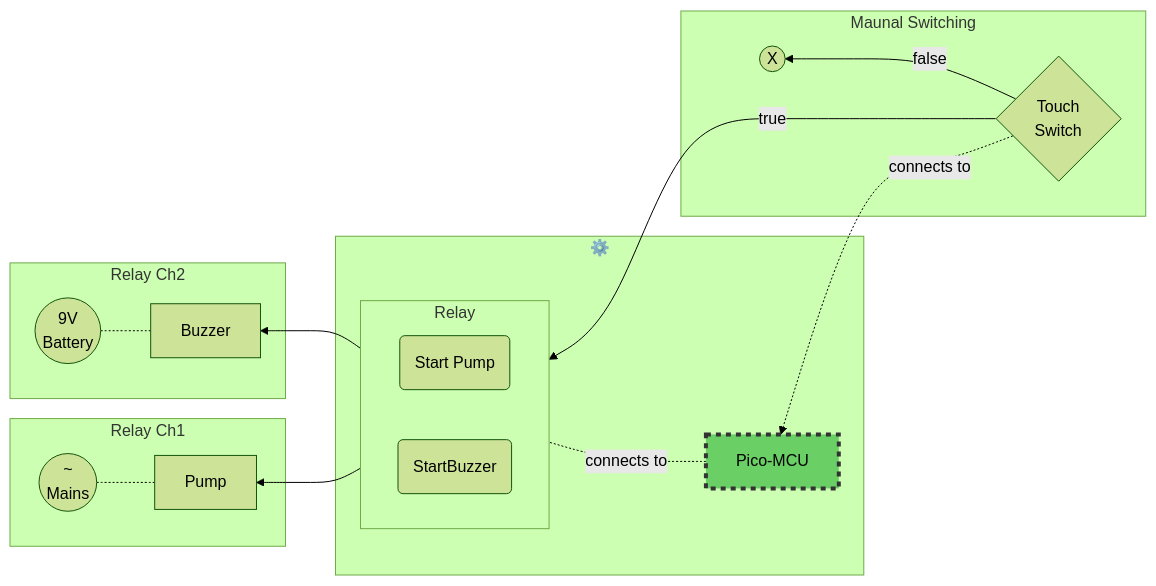
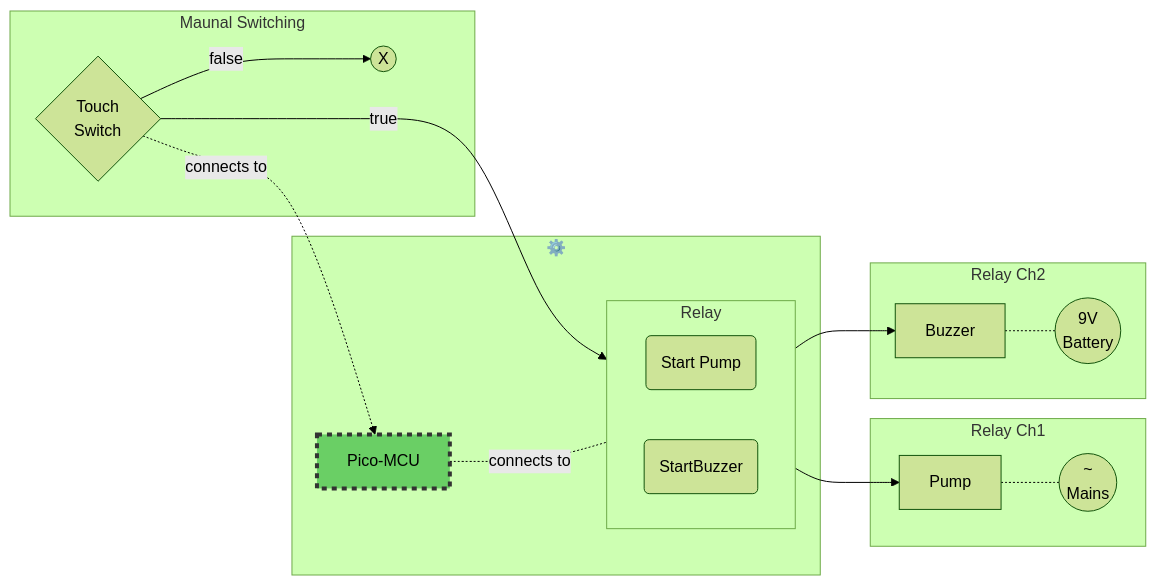
Before and after one commit to yatharthb97/RPi-Pico-Plant-Irrigator: the first of 5 diagrams in README.md, drawn with Mermaid (forest theme). The commit also changed other lines of this file, not shown here.

Commit message:
Added some flowcharts

````diff
--- a/README.md
+++ b/README.md
@@ -13,30 +21,31 @@
 ```mermaid
-flowchart RL;
+flowchart LR;
 	
 	subgraph "Relay Ch1";
 		Pump -.- Mains(("~<br>Mains"))
 	end
 	
 	subgraph "Relay Ch2";
 		Buzzer -.- Battery(("9V<br>Battery"))
 	end
 	
 	%% Control Module
 	subgraph "⚙️"
 		subgraph Relay
 			direction LR
 			SP(Start Pump) --> Pump
 			SB("StartBuzzer") --> Buzzer
+			%%SP ---> SB
 		end
 		Pico-MCU["Pico-MCU"] -."connects to".- Relay
 		style Pico-MCU fill:#6acf65,stroke:#333,stroke-width:4px, stroke-dasharray: 5 5
 	end
 	
 	%% Manual Pump Operation using Touch Switch
 	subgraph "Maunal Switching"
 		TS -. "connects to" .-> Pico-MCU
 		TS{"Touch<br>Switch"} --"true"--> SP
 		TS--false-->X((X))
 		Pico-MCU
 	end
 ```
````
